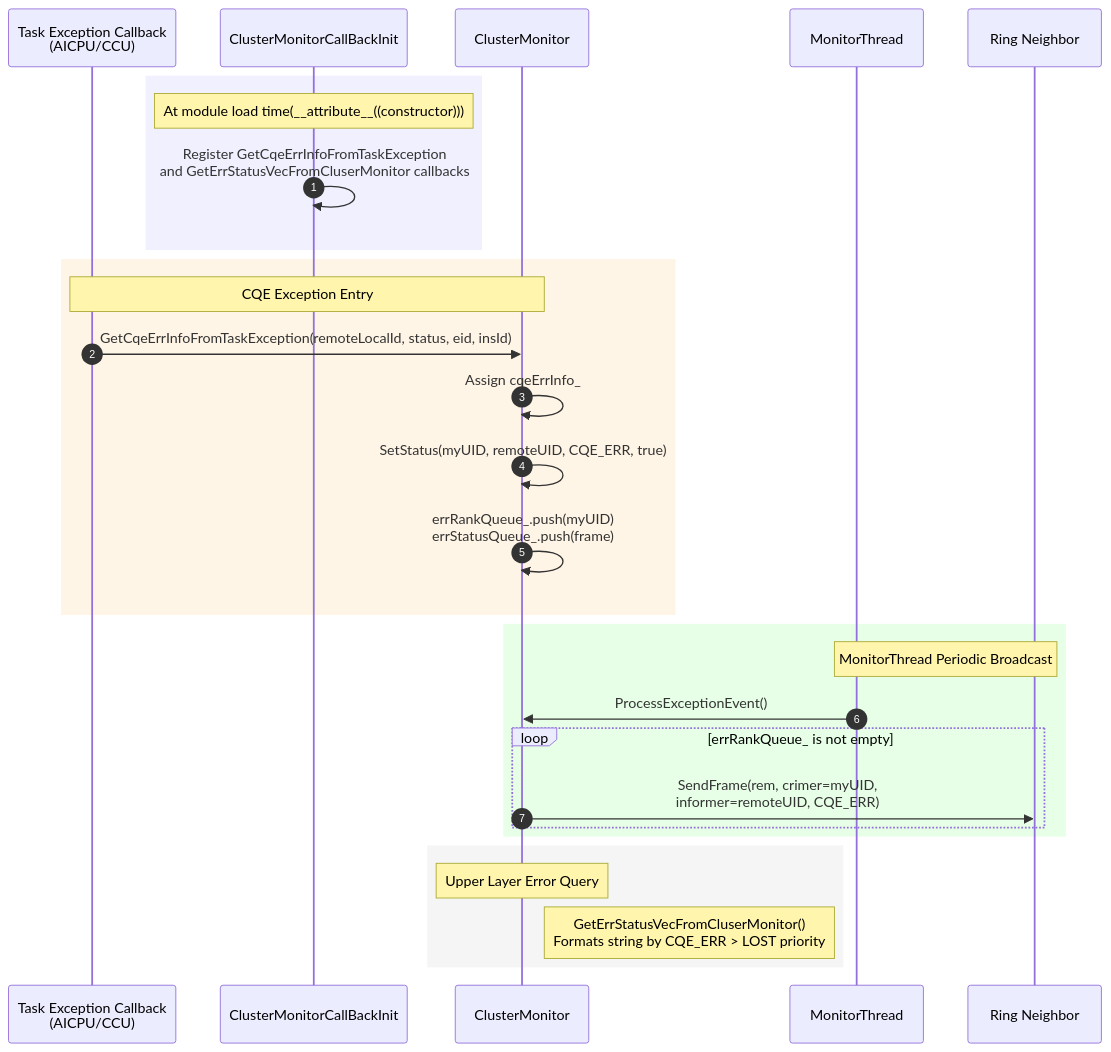
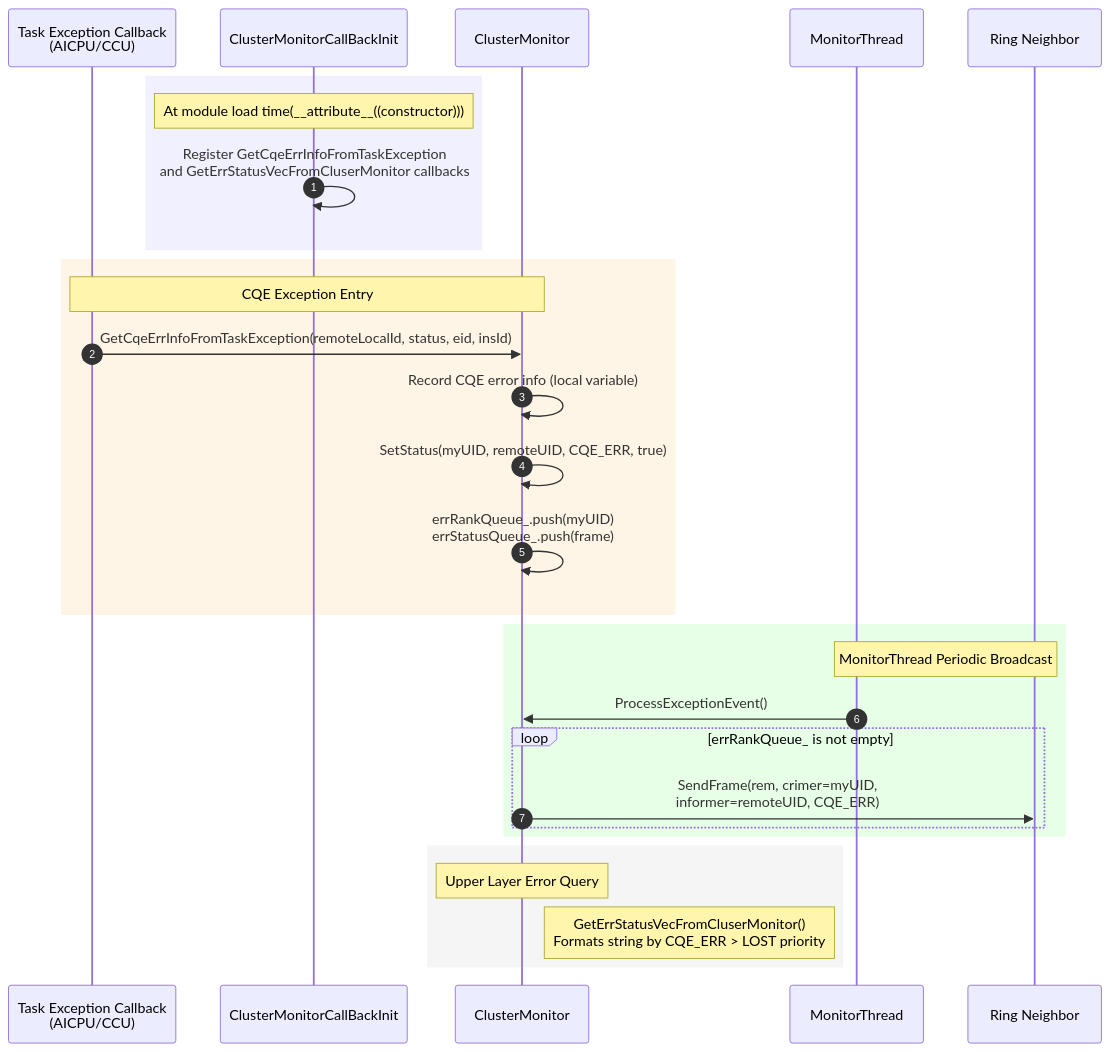
The second of 3 diagrams in src/coll_communicator_mgr/dfx/cluster_monitor/README_en.md (hicann/hcomm), drawn with Mermaid before and after one commit. The commit also changed other lines of this file and 4 other files, not shown here.

````diff
--- a/src/coll_communicator_mgr/dfx/cluster_monitor/README_en.md
+++ b/src/coll_communicator_mgr/dfx/cluster_monitor/README_en.md
@@ -113,35 +113,35 @@
 ```mermaid
 sequenceDiagram
     autonumber
     participant Cb as Task Exception Callback<br/>(AICPU/CCU)
     participant Init as ClusterMonitorCallBackInit
     participant CM as ClusterMonitor
     participant MT as MonitorThread
     participant Peer as Ring Neighbor
 
     rect rgb(240, 240, 255)
     Note over Init: At module load time(__attribute__((constructor)))
     Init->>Init: Register GetCqeErrInfoFromTaskException<br/>and GetErrStatusVecFromCluserMonitor callbacks
     end
 
     rect rgb(255, 245, 230)
     Note over Cb, CM: CQE Exception Entry
     Cb->>CM: GetCqeErrInfoFromTaskException(remoteLocalId, status, eid, insId)
-    CM->>CM: Assign cqeErrInfo_
+    CM->>CM: Record CQE error info (local variable)
     CM->>CM: SetStatus(myUID, remoteUID, CQE_ERR, true)
     CM->>CM: errRankQueue_.push(myUID)<br/>errStatusQueue_.push(frame)
     end
 
     rect rgb(230, 255, 230)
     Note over MT, Peer: MonitorThread Periodic Broadcast
     MT->>CM: ProcessExceptionEvent()
     loop errRankQueue_ is not empty
         CM->>Peer: SendFrame(rem, crimer=myUID,<br/>informer=remoteUID, CQE_ERR)
     end
     end
 
     rect rgb(245, 245, 245)
     Note over CM: Upper Layer Error Query
     Note right of CM: GetErrStatusVecFromCluserMonitor()<br/>Formats string by CQE_ERR > LOST priority
     end
 ```
````
